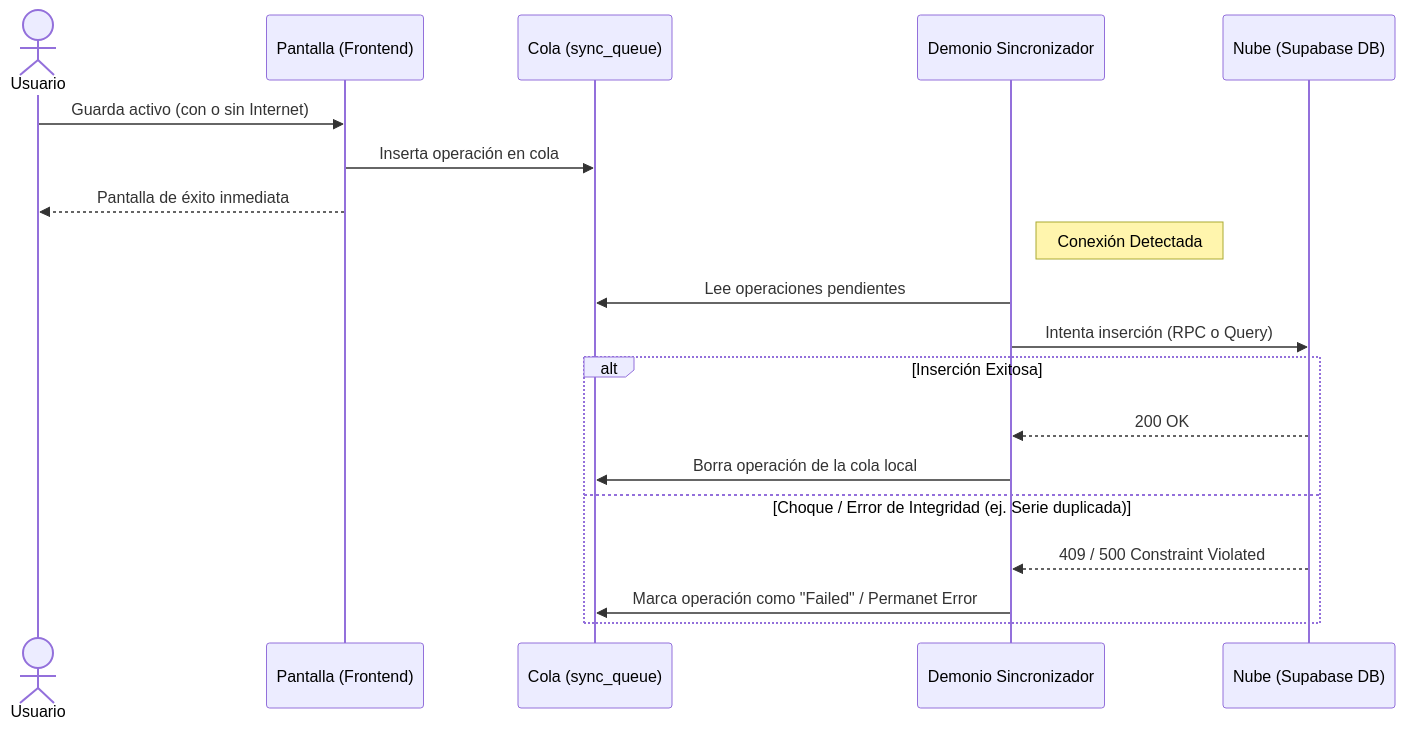
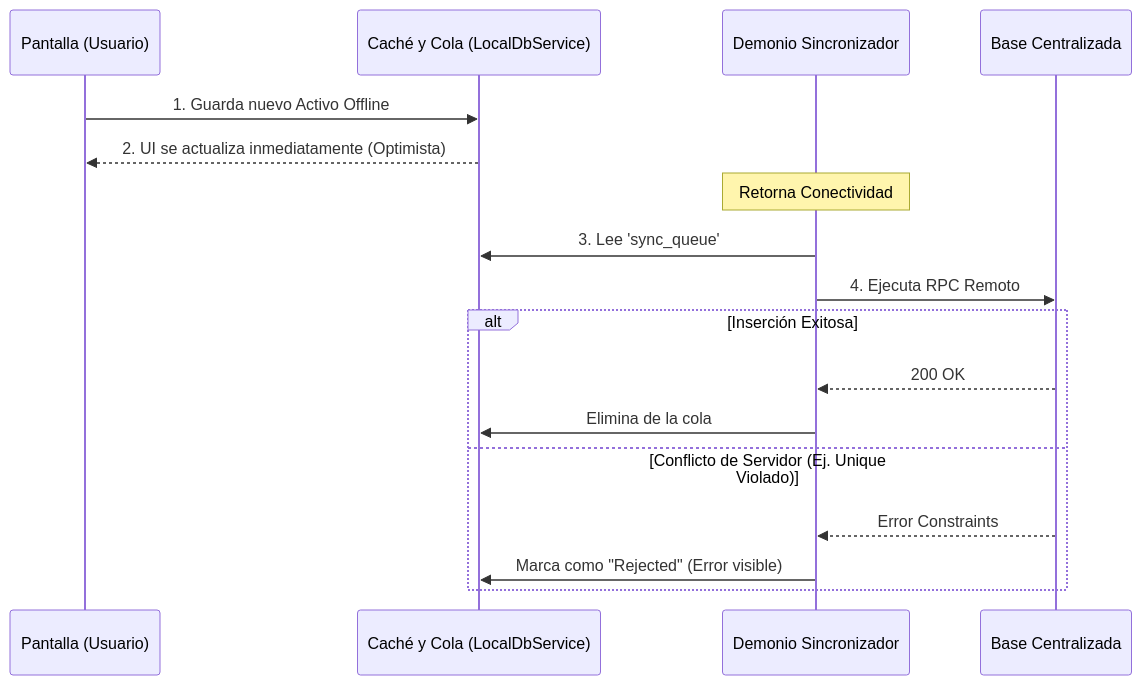
One commit to Lhao13/front_inventarios changed the second of 2 diagrams in README.md. Above: the diagram before and after it, drawn with Mermaid. The commit also changed other lines of this file, not shown here.

Commit message:
docs: update README with installation guide, tech stack details, and sync architecture diagrams

````diff
--- a/README.md
+++ b/README.md
@@ -70,24 +102,20 @@
 ```mermaid
 sequenceDiagram
-    actor Usuario
-    participant UI as Pantalla (Frontend)
-    participant SQLite as Cola (sync_queue)
+    participant UI as Pantalla (Usuario)
+    participant SQLite as Caché y Cola (LocalDbService)
     participant Daemon as Demonio Sincronizador
-    participant Supabase as Nube (Supabase DB)
+    participant Supabase as Base Centralizada
 
-    Usuario->>UI: Guarda activo (con o sin Internet)
-    UI->>SQLite: Inserta operación en cola
-    UI-->>Usuario: Pantalla de éxito inmediata
-    
-    Note right of Daemon: Conexión Detectada
-    Daemon->>SQLite: Lee operaciones pendientes
-    Daemon->>Supabase: Intenta inserción (RPC o Query)
-    
+    UI->>SQLite: 1. Guarda nuevo Activo Offline
+    SQLite-->>UI: 2. UI se actualiza inmediatamente (Optimista)
+    Note over Daemon: Retorna Conectividad
+    Daemon->>SQLite: 3. Lee 'sync_queue'
+    Daemon->>Supabase: 4. Ejecuta RPC Remoto
     alt Inserción Exitosa
         Supabase-->>Daemon: 200 OK
-        Daemon->>SQLite: Borra operación de la cola local
-    else Choque / Error de Integridad (ej. Serie duplicada)
-        Supabase-->>Daemon: 409 / 500 Constraint Violated
-        Daemon->>SQLite: Marca operación como "Failed" / Permanet Error
+        Daemon->>SQLite: Elimina de la cola
+    else Conflicto de Servidor (Ej. Unique Violado)
+        Supabase-->>Daemon: Error Constraints
+        Daemon->>SQLite: Marca como "Rejected" (Error visible)
     end
 ```
````
